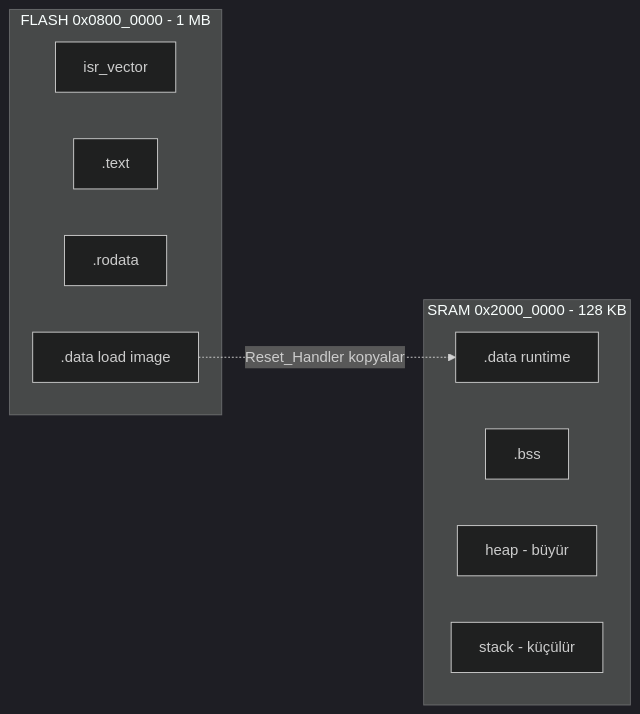
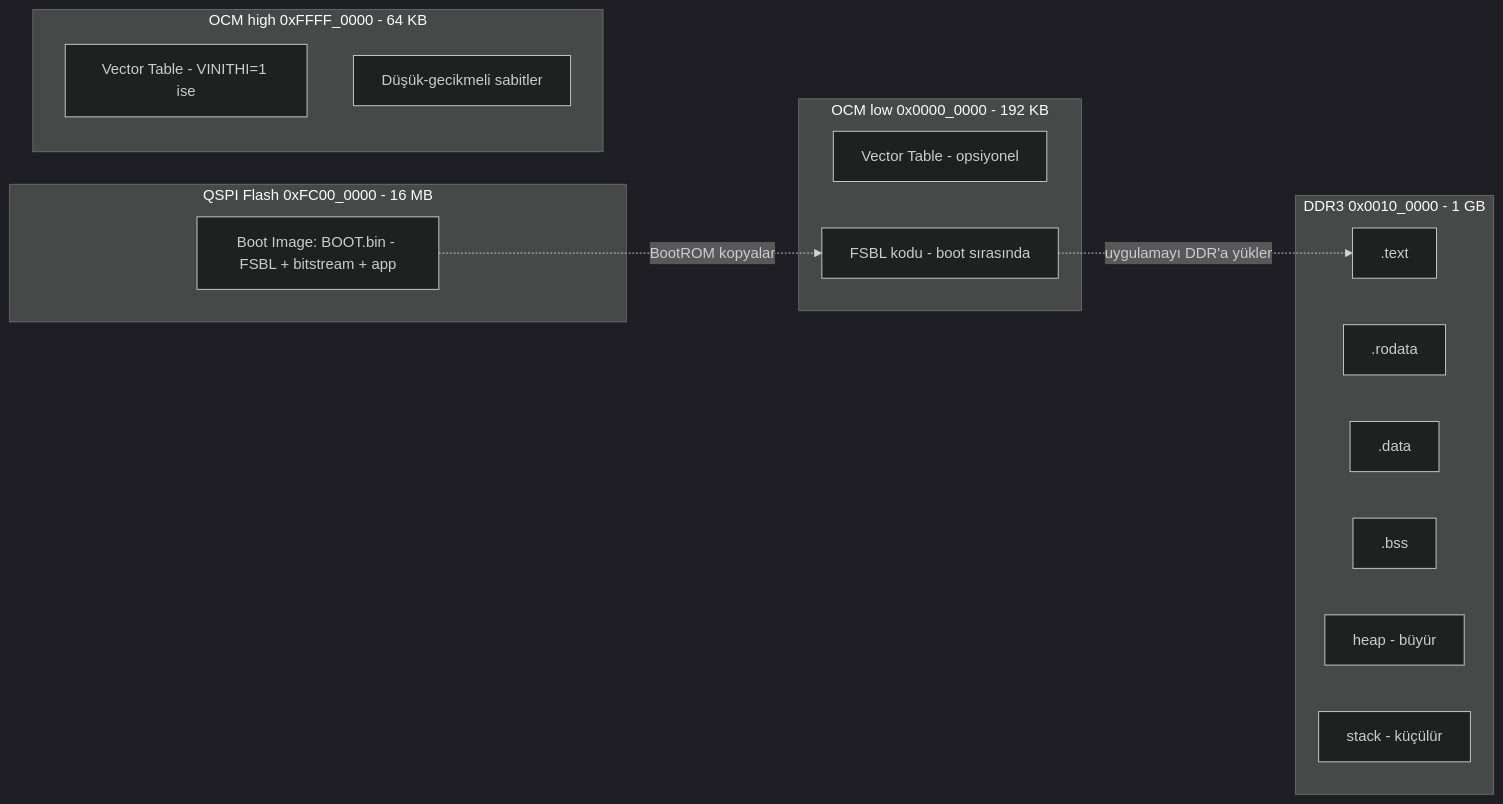
Before and after one commit to Mavrikant/mavrikant.github.io: the diagram in _posts/2026-05-26-linker-script-anatomisi-arm-bare-metal.md, drawn with Mermaid (dark theme). The commit also changed other lines of this file and 1 other file, not shown here.

First line of the commit message:
post: Zynq-7000 referansıyla yeniden yazıldı; CCM yerine OCM

```diff
--- a/_posts/2026-05-26-linker-script-anatomisi-arm-bare-metal.md
+++ b/_posts/2026-05-26-linker-script-anatomisi-arm-bare-metal.md
@@ -42,16 +44,24 @@
 <div class="mermaid">
 graph LR
-    subgraph FLASH[FLASH 0x0800_0000 - 1 MB]
-        VTABLE[isr_vector]
+    subgraph QSPI[QSPI Flash 0xFC00_0000 - 16 MB]
+        BOOTHDR[Boot Image: BOOT.bin - FSBL + bitstream + app]
+    end
+    subgraph OCM_LOW[OCM low 0x0000_0000 - 192 KB]
+        VECT[Vector Table - opsiyonel]
+        FSBL[FSBL kodu - boot sırasında]
+    end
+    subgraph OCM_HIGH[OCM high 0xFFFF_0000 - 64 KB]
+        VECT2[Vector Table - VINITHI=1 ise]
+        SMALL[Düşük-gecikmeli sabitler]
+    end
+    subgraph DDR[DDR3 0x0010_0000 - 1 GB]
         TEXT[.text]
         RODATA[.rodata]
-        DATA_LMA[.data load image]
-    end
-    subgraph SRAM[SRAM 0x2000_0000 - 128 KB]
-        DATA_VMA[.data runtime]
+        DATA[.data]
         BSS[.bss]
         HEAP[heap - büyür]
         STACK[stack - küçülür]
     end
-    DATA_LMA -. Reset_Handler kopyalar .-> DATA_VMA
+    BOOTHDR -. BootROM kopyalar .-> FSBL
+    FSBL -. uygulamayı DDR'a yükler .-> TEXT
 </div>
```
